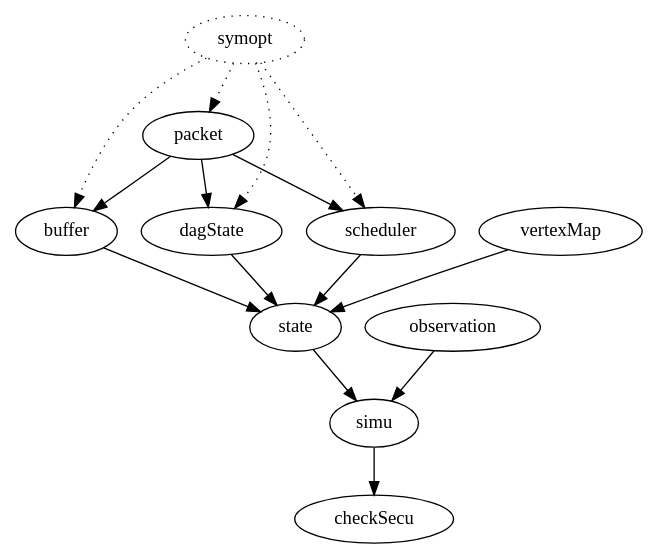
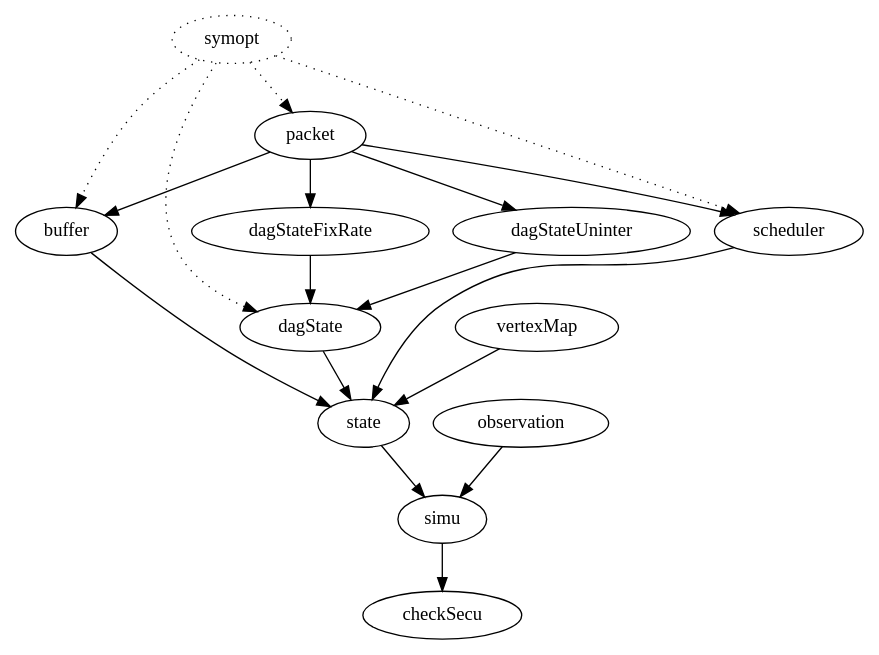
One commit to CSAIL-Arch-Sec/DAGguise-verification changed the diagram in doc/fileHierarchy.gv. Above: the diagram before and after it, drawn with Graphviz. The commit also changed 7 other files, not shown here.

```diff
--- a/doc/fileHierarchy.gv
+++ b/doc/fileHierarchy.gv
@@ -1,23 +1,28 @@
 digraph G {
 
   "symopt" [style="dotted"];
   "symopt" -> "packet" [style="dotted"];
   "symopt" -> "buffer" [style="dotted"];
   "symopt" -> "dagState" [style="dotted"];
   "symopt" -> "scheduler" [style="dotted"];
 
 
   "packet" -> "buffer";
-  "packet" -> "dagState";
+  "packet" -> "dagStateFixRate";
+  "packet" -> "dagStateUninter";
   "packet" -> "scheduler";
+
+  "dagStateFixRate" -> "dagState";
+  "dagStateUninter" -> "dagState";
+  
 
   "dagState" -> "state";
   "buffer" -> "state";
   "vertexMap" -> "state";
   "scheduler" -> "state";
 
   "state" -> "simu";
   "observation" -> "simu";
 
   "simu" -> "checkSecu";
 }
```
